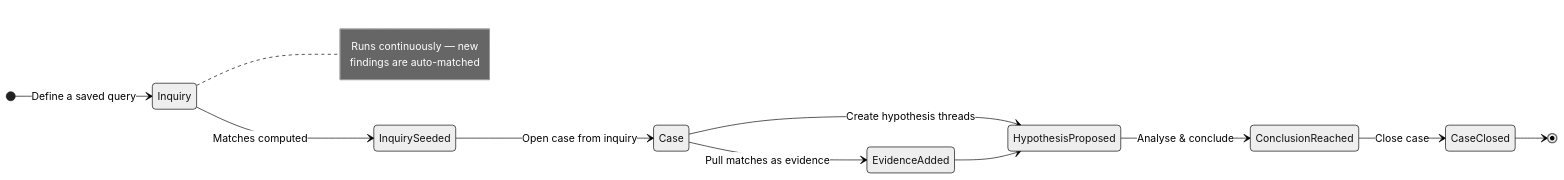
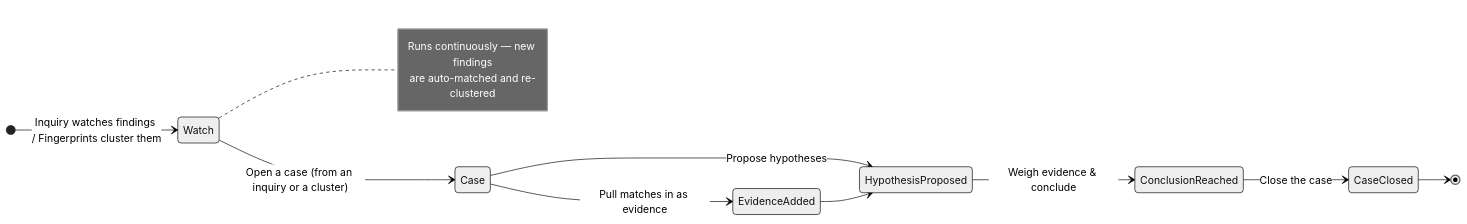
Before and after one commit to classifyre/classifyre: the third of 3 diagrams in apps/docs/app/flow/investigations/page.mdx, drawn with Mermaid (neutral theme). The commit also changed other lines of this file and 7 other files, not shown here.

````diff
--- a/apps/docs/app/flow/investigations/page.mdx
+++ b/apps/docs/app/flow/investigations/page.mdx
@@ -34,18 +98,17 @@
 ```mermaid
 stateDiagram-v2
     direction LR
-    [*] --> Inquiry: Define a saved query
-    Inquiry --> InquirySeeded: Matches computed
-    InquirySeeded --> Case: Open case from inquiry
-    Case --> EvidenceAdded: Pull matches as evidence
-    Case --> HypothesisProposed: Create hypothesis threads
+    [*] --> Watch: Inquiry watches findings / Fingerprints cluster them
+    Watch --> Case: Open a case (from an inquiry or a cluster)
+    Case --> EvidenceAdded: Pull matches in as evidence
+    Case --> HypothesisProposed: Propose hypotheses
     EvidenceAdded --> HypothesisProposed
-    HypothesisProposed --> ConclusionReached: Analyse & conclude
-    ConclusionReached --> CaseClosed: Close case
+    HypothesisProposed --> ConclusionReached: Weigh evidence & conclude
+    ConclusionReached --> CaseClosed: Close the case
     CaseClosed --> [*]
 
-    note right of Inquiry
-        Runs continuously — new
-        findings are auto-matched
+    note right of Watch
+        Runs continuously — new findings
+        are auto-matched and re-clustered
     end note
 ```
````
